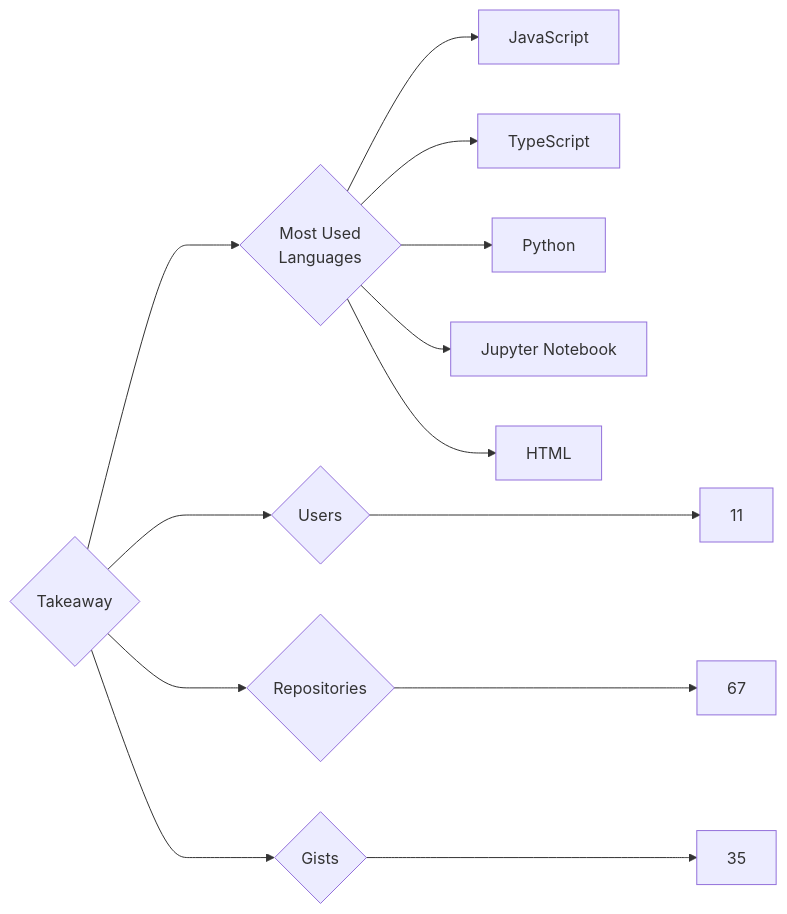
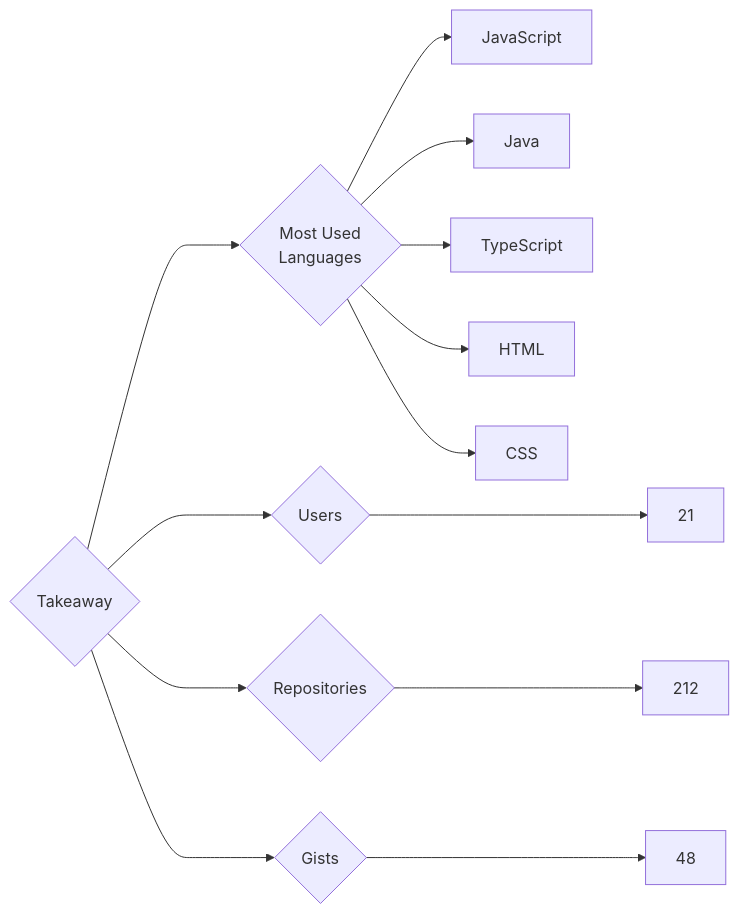
Before and after one commit to trickest/insiders: the diagram in targets/Takeaway/README.md, drawn with Mermaid. The commit also changed 940 other files, not shown here.

````diff
--- a/targets/Takeaway/README.md
+++ b/targets/Takeaway/README.md
@@ -3,13 +3,13 @@
 ```mermaid
 graph LR
 COMPANY_NAME{Takeaway}
-COMPANY_NAME ---> U{Users} ---> UN[11]
-COMPANY_NAME ---> R{Repositories} ---> RN[67]
-COMPANY_NAME ---> G{Gists} ---> GN[35]
+COMPANY_NAME ---> U{Users} ---> UN[21]
+COMPANY_NAME ---> R{Repositories} ---> RN[212]
+COMPANY_NAME ---> G{Gists} ---> GN[48]
 COMPANY_NAME ---> ML{Most Used<br>Languages}
 ML --> JavaScript[JavaScript]
+ML --> Java[Java]
 ML --> TypeScript[TypeScript]
-ML --> Python[Python]
-ML --> Jupyter_Notebook[Jupyter Notebook]
 ML --> HTML[HTML]
+ML --> CSS[CSS]
 ```
````
